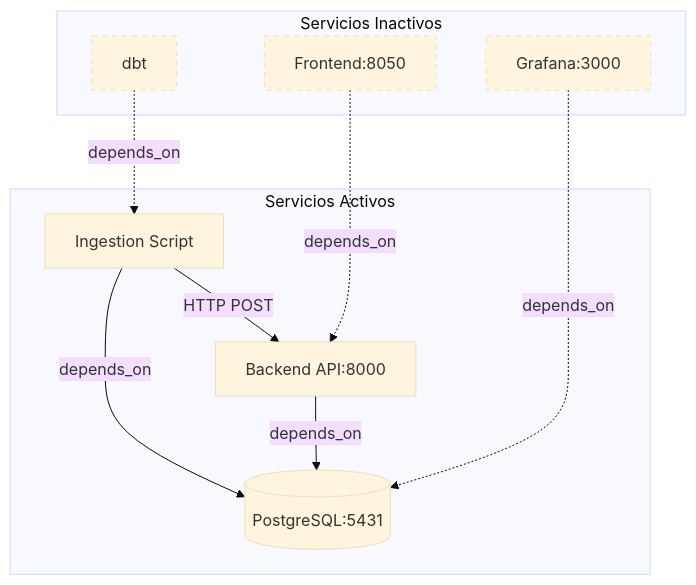
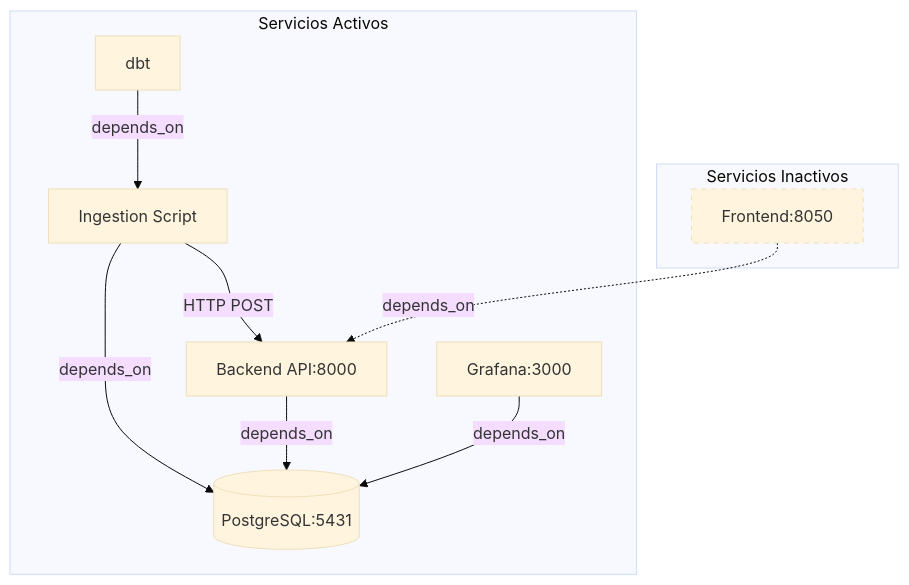
Before and after one commit to SergioM-prog/Data-Project-1-Calidad-del-aire: the third of 3 diagrams in z_Documentacion/DOCUMENTACION_TECNICA.md, drawn with Mermaid (base theme). The commit also changed other lines of this file, not shown here.

````diff
--- a/z_Documentacion/DOCUMENTACION_TECNICA.md
+++ b/z_Documentacion/DOCUMENTACION_TECNICA.md
@@ -162,25 +182,24 @@
 ```mermaid
 graph TD
     subgraph "Servicios Activos"
         DB[(PostgreSQL:5431)]
         BE[Backend API:8000]
         ING[Ingestion Script]
+        DBT[dbt]
+        GRF[Grafana:3000]
     end
 
     subgraph "Servicios Inactivos"
-        DBT[dbt]
-        GRF[Grafana:3000]
         FE[Frontend:8050]
     end
 
     ING -->|depends_on| DB
     BE -->|depends_on| DB
     ING -->|HTTP POST| BE
-    DBT -.->|depends_on| ING
-    GRF -.->|depends_on| DB
+    DBT -->|depends_on| ING
+    GRF -->|depends_on| DB
+
     FE -.->|depends_on| BE
 
-    style DBT stroke-dasharray: 5 5
-    style GRF stroke-dasharray: 5 5
     style FE stroke-dasharray: 5 5
 ```
````
